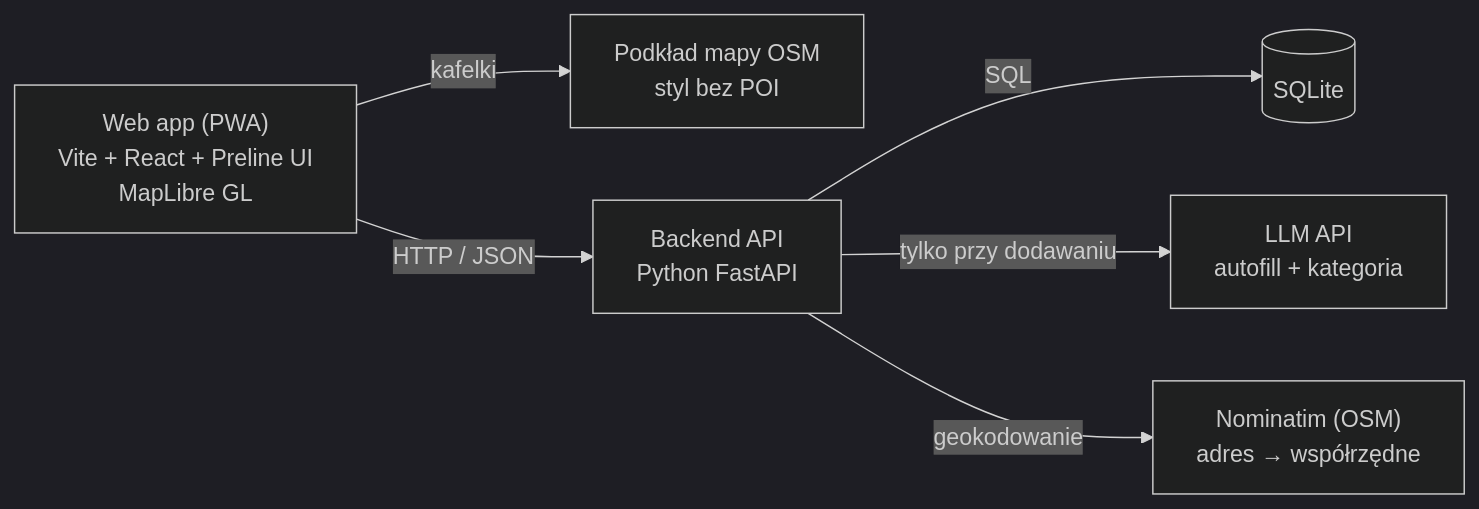
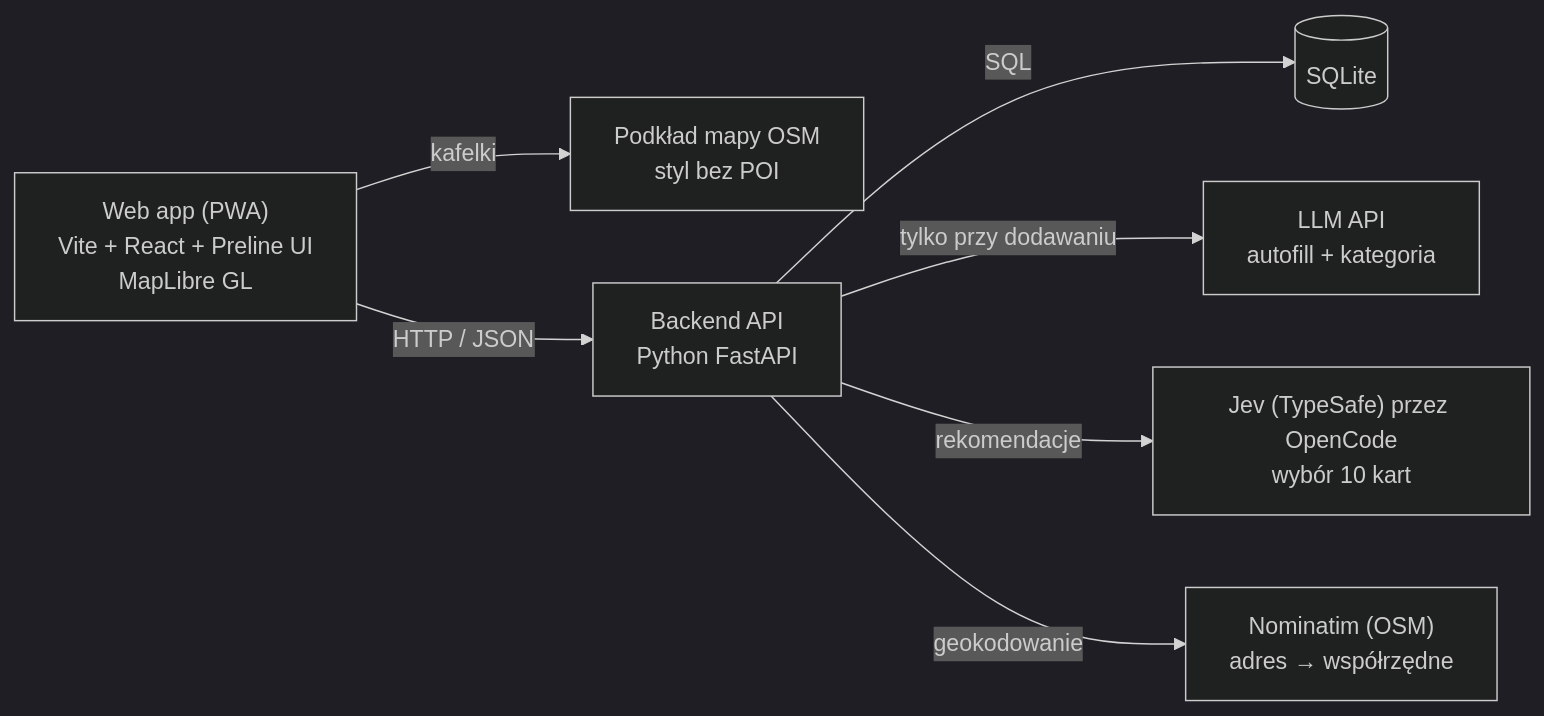
The diagram in docs/ARCHITECTURE.md (hackyeahKrakow/project), drawn with Mermaid (dark theme) before and after one commit. The commit also changed other lines of this file and 33 other files, not shown here.

````diff
--- a/docs/ARCHITECTURE.md
+++ b/docs/ARCHITECTURE.md
@@ -5,14 +5,16 @@
 ```mermaid
 flowchart LR
   FE["Web app (PWA)<br/>Vite + React + Preline UI<br/>MapLibre GL"]
   TILES["Podkład mapy OSM<br/>styl bez POI"]
   API["Backend API<br/>Python FastAPI"]
   DB[("SQLite")]
   LLM["LLM API<br/>autofill + kategoria"]
+  JEV["Jev (TypeSafe) przez OpenCode<br/>wybór 10 kart"]
   GEO["Nominatim (OSM)<br/>adres → współrzędne"]
   FE -- kafelki --> TILES
   FE -- "HTTP / JSON" --> API
   API -- SQL --> DB
   API -- "tylko przy dodawaniu" --> LLM
+  API -- "rekomendacje" --> JEV
   API -- geokodowanie --> GEO
 ```
````
